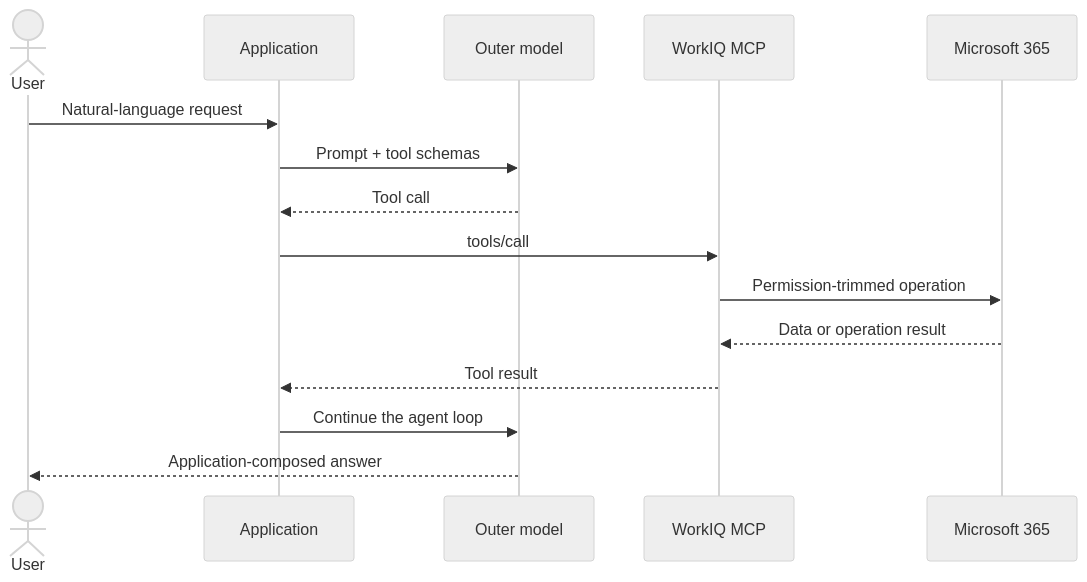
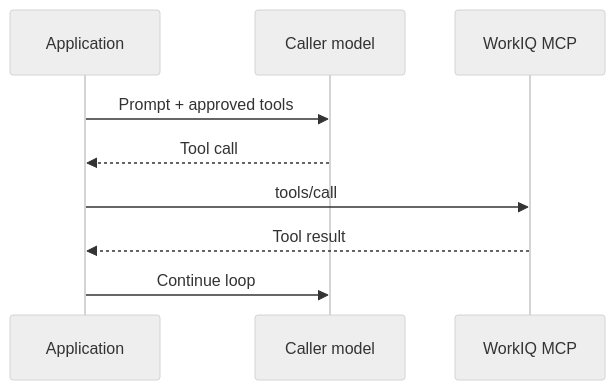
Before and after one commit to jeffrey-groneberg/workiq-deepagents: the first of 3 diagrams in docs/foundations.md, drawn with Mermaid (neutral theme). The commit also changed other lines of this file and 10 other files, not shown here.

````diff
--- a/docs/foundations.md
+++ b/docs/foundations.md
@@ -14,18 +23,11 @@
     ```mermaid
     sequenceDiagram
-        actor U as User
         participant C as Application
-        participant G as Outer model
-        participant M as WorkIQ MCP
-        participant D as Microsoft 365
-
-        U->>C: Natural-language request
-        C->>G: Prompt + tool schemas
+        participant G as Caller model
+        participant W as WorkIQ MCP
+        C->>G: Prompt + approved tools
         G-->>C: Tool call
-        C->>M: tools/call
-        M->>D: Permission-trimmed operation
-        D-->>M: Data or operation result
-        M-->>C: Tool result
-        C->>G: Continue the agent loop
-        G-->>U: Application-composed answer
+        C->>W: tools/call
+        W-->>C: Tool result
+        C->>G: Continue loop
     ```
````
